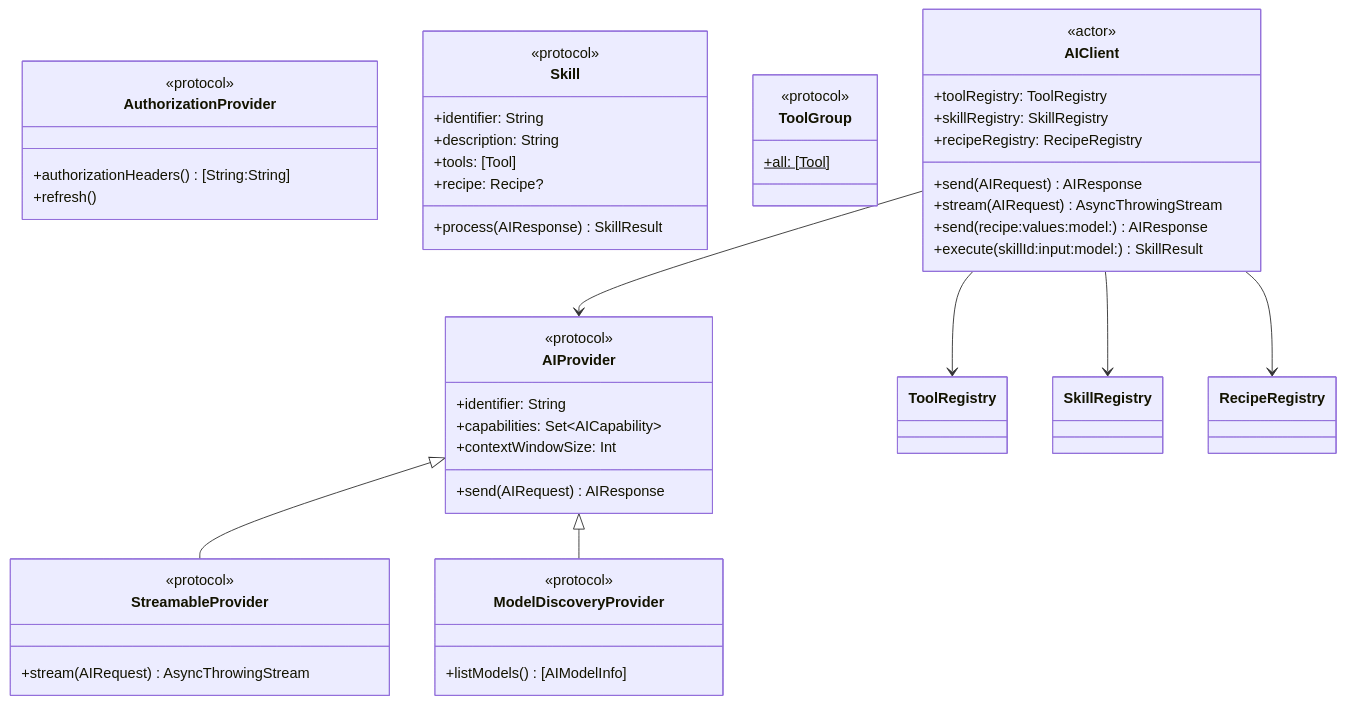
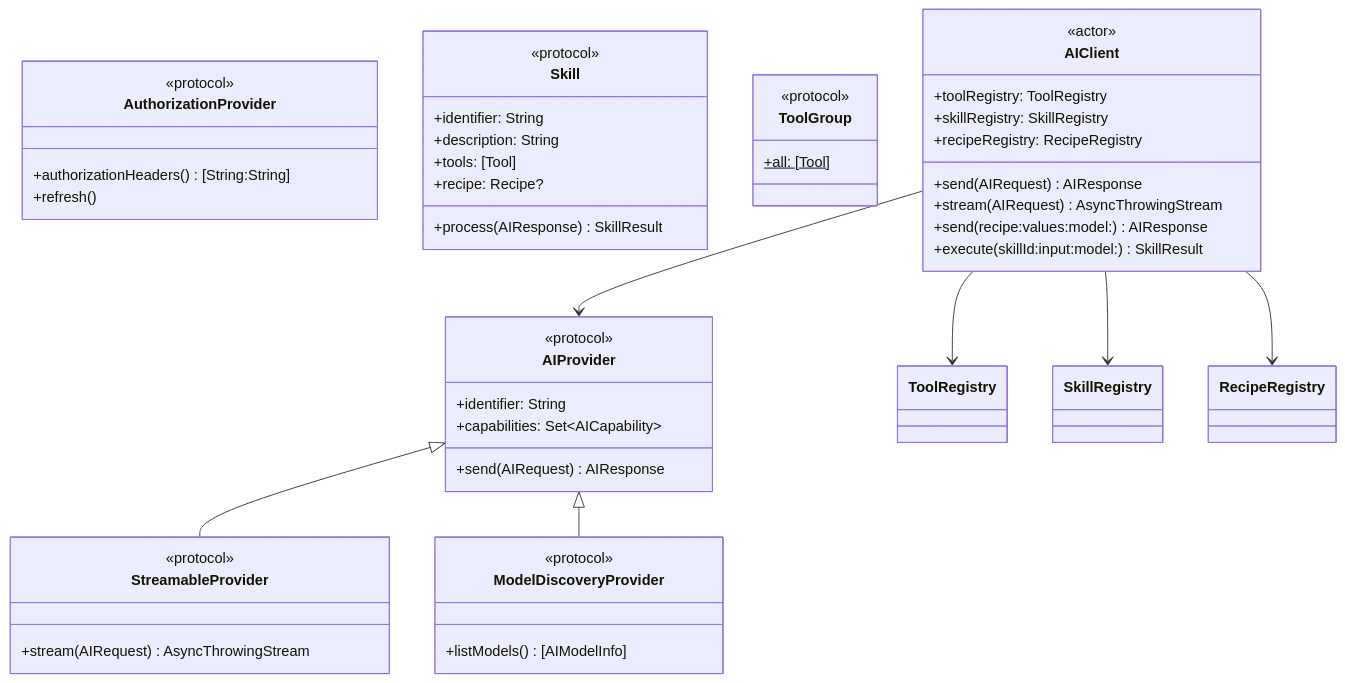
The second of 8 diagrams in Documentation/Architecture.md (molayab/swift-ai-provider-kit), drawn with Mermaid before and after one commit. The commit also changed other lines of this file and 24 other files, not shown here.

````diff
--- a/Documentation/Architecture.md
+++ b/Documentation/Architecture.md
@@ -60,58 +78,57 @@
 ```mermaid
 classDiagram
     class AIProvider {
         <<protocol>>
         +identifier: String
         +capabilities: Set~AICapability~
-        +contextWindowSize: Int
         +send(AIRequest) AIResponse
     }
 
     class StreamableProvider {
         <<protocol>>
         +stream(AIRequest) AsyncThrowingStream
     }
 
     class ModelDiscoveryProvider {
         <<protocol>>
         +listModels() [AIModelInfo]
     }
 
     class AuthorizationProvider {
         <<protocol>>
         +authorizationHeaders() [String:String]
         +refresh()
     }
 
     class Skill {
         <<protocol>>
         +identifier: String
         +description: String
         +tools: [Tool]
         +recipe: Recipe?
         +process(AIResponse) SkillResult
     }
 
     class ToolGroup {
         <<protocol>>
         +all: [Tool]$
     }
 
     class AIClient {
         <<actor>>
         +toolRegistry: ToolRegistry
         +skillRegistry: SkillRegistry
         +recipeRegistry: RecipeRegistry
         +send(AIRequest) AIResponse
         +stream(AIRequest) AsyncThrowingStream
         +send(recipe:values:model:) AIResponse
         +execute(skillId:input:model:) SkillResult
     }
 
     AIProvider <|-- StreamableProvider
     AIProvider <|-- ModelDiscoveryProvider
     AIClient --> AIProvider
     AIClient --> ToolRegistry
     AIClient --> SkillRegistry
     AIClient --> RecipeRegistry
 ```
````
